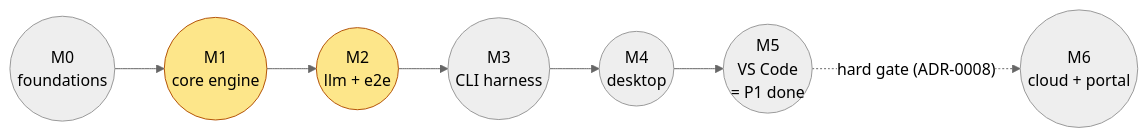
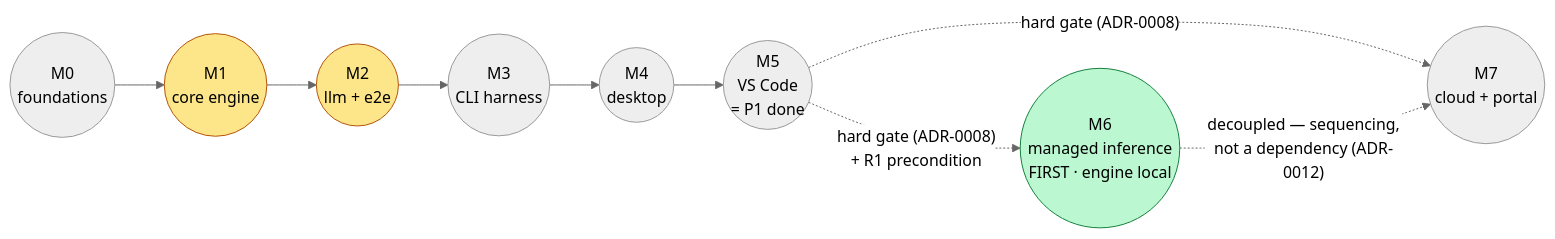
Before and after one commit to HodeTech/Relavium: the second of 2 diagrams in docs/roadmap/README.md, drawn with Mermaid (neutral theme). The commit also changed other lines of this file and 44 other files, not shown here.

First line of the commit message:
docs: dual-mode managed inference + customer-segment & key-management model

````diff
--- a/docs/roadmap/README.md
+++ b/docs/roadmap/README.md
@@ -124,12 +162,16 @@
 ```mermaid
 flowchart LR
     M0(("M0<br/>foundations")) --> M1(("M1<br/>core engine"))
     M1 --> M2(("M2<br/>llm + e2e"))
     M2 --> M3(("M3<br/>CLI harness"))
     M3 --> M4(("M4<br/>desktop"))
     M4 --> M5(("M5<br/>VS Code<br/>= P1 done"))
-    M5 -. "hard gate (ADR-0008)" .-> M6(("M6<br/>cloud + portal"))
+    M5 -. "hard gate (ADR-0008)<br/>+ R1 precondition" .-> M6(("M6<br/>managed inference<br/>FIRST · engine local"))
+    M5 -. "hard gate (ADR-0008)" .-> M7(("M7<br/>cloud + portal"))
+    M6 -. "decoupled — sequencing,<br/>not a dependency (ADR-0012)" .-> M7
 
     classDef crit fill:#fde68a,stroke:#b45309,color:#000;
+    classDef rev fill:#bbf7d0,stroke:#15803d,color:#000;
     class M1,M2 crit;
+    class M6 rev;
 ```
````
